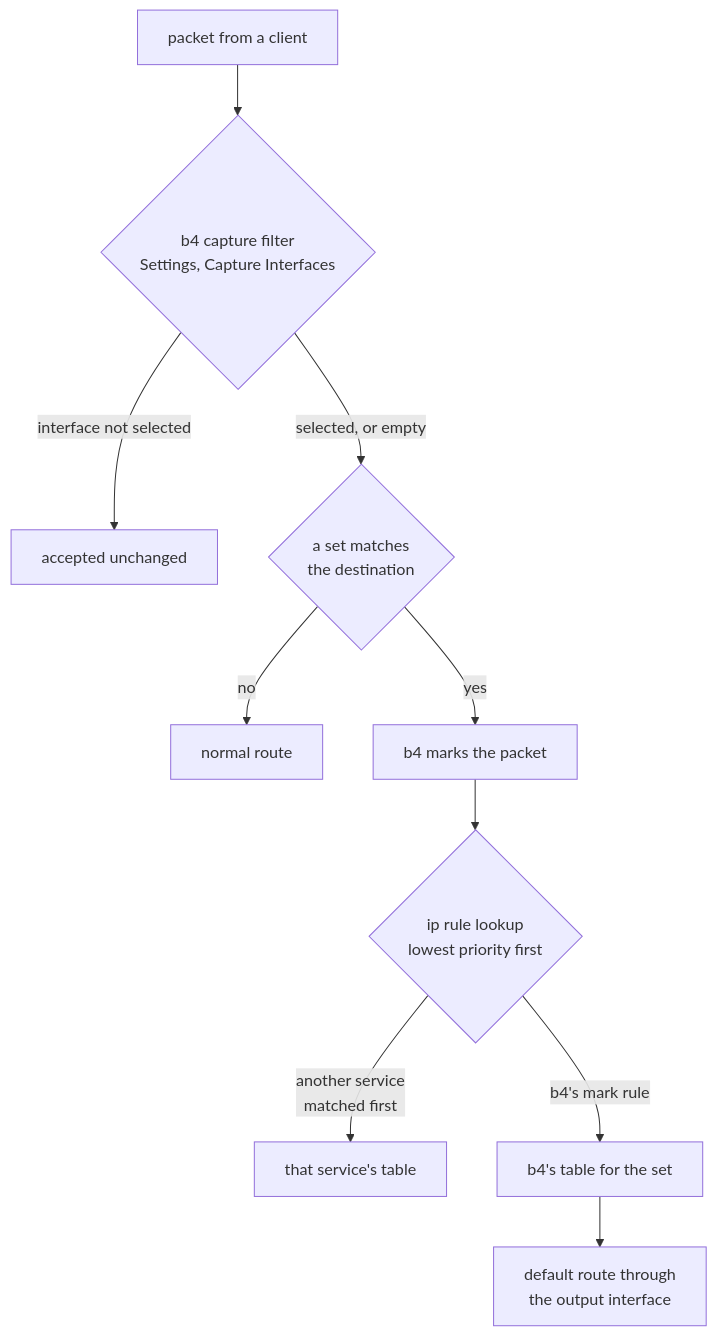
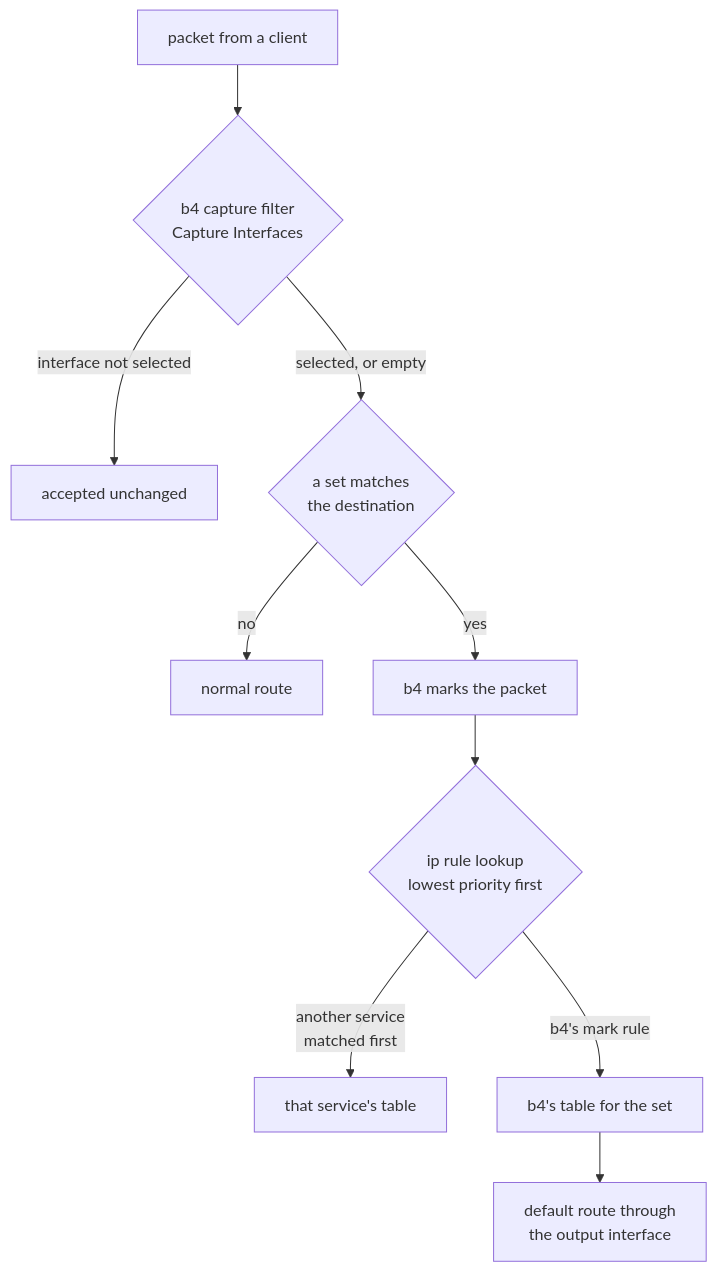
Before and after one commit to DanielLavrushin/b4: the diagram in docs/docs/guides/xray.md, drawn with Mermaid. The commit also changed other lines of this file and 177 other files, not shown here.

````diff
--- a/docs/docs/guides/xray.md
+++ b/docs/docs/guides/xray.md
@@ -35,12 +26,12 @@
 ```mermaid
 flowchart TD
-    A[packet from a client] --> B{b4 capture filter<br/>Settings, Capture Interfaces}
+    A[packet from a client] --> B{b4 capture filter<br/>Capture Interfaces}
     B -->|interface not selected| Z[accepted unchanged]
     B -->|selected, or empty| C{a set matches<br/>the destination}
     C -->|no| D[normal route]
     C -->|yes| E[b4 marks the packet]
     E --> F{ip rule lookup<br/>lowest priority first}
     F -->|another service<br/>matched first| G[that service's table]
     F -->|b4's mark rule| H[b4's table for the set]
     H --> I[default route through<br/>the output interface]
 ```
````
